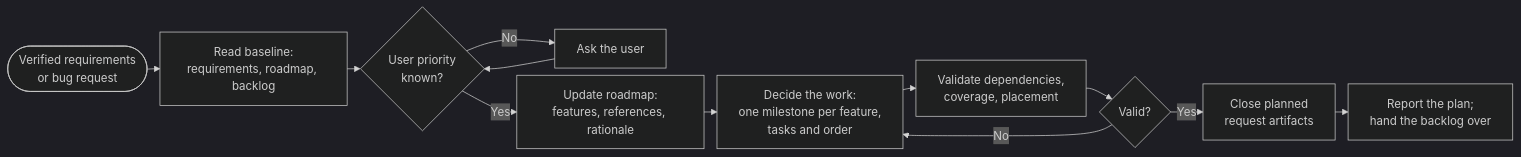
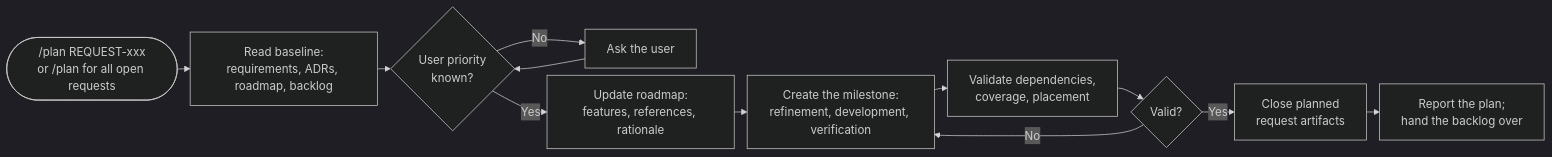
The diagram in workflows/orchestrator/3-Planning.md (lyndametref/opencode-dev-workflow), drawn with Mermaid (dark theme) before and after one commit. The commit also changed other lines of this file and 9 other files, not shown here.

````diff
--- a/workflows/orchestrator/3-Planning.md
+++ b/workflows/orchestrator/3-Planning.md
@@ -28,15 +27,15 @@
 ```mermaid
 %%{init: {"flowchart": {"nodeSpacing": 10, "rankSpacing": 18}}}%%
 flowchart LR
-    IN([Verified requirements<br/>or bug request]) --> READ["Read baseline:<br/>requirements, roadmap, backlog"]
+    IN([/plan REQUEST-xxx<br/>or /plan for all open requests]) --> READ["Read baseline:<br/>requirements, ADRs, roadmap, backlog"]
     READ --> PRIO{"User priority<br/>known?"}
     PRIO -->|"No"| ASK["Ask the user"]
     ASK --> PRIO
     PRIO -->|"Yes"| ROAD["Update roadmap:<br/>features, references, rationale"]
-    ROAD --> WORK["Decide the work:<br/>one milestone per feature,<br/>tasks and order"]
+    ROAD --> WORK["Create the milestone:<br/>refinement, development, verification"]
     WORK --> VALID["Validate dependencies,<br/>coverage, placement"]
     VALID --> VOK{"Valid?"}
     VOK -->|"No"| WORK
     VOK -->|"Yes"| CLOSE["Close planned<br/>request artifacts"]
     CLOSE --> OUT["Report the plan;<br/>hand the backlog over"]
 ```
````
